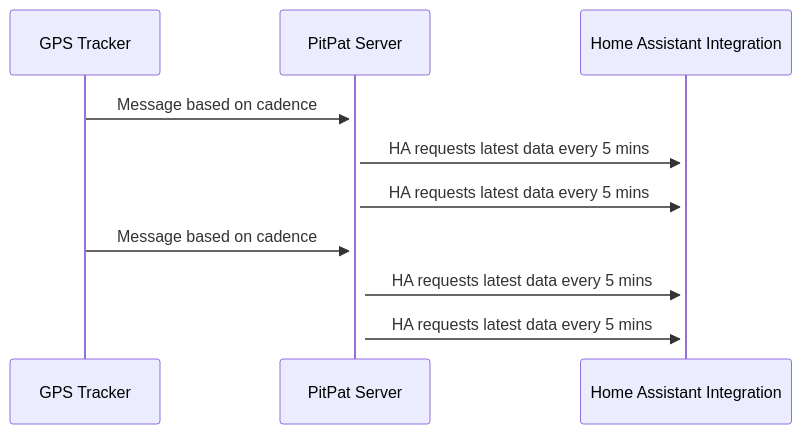
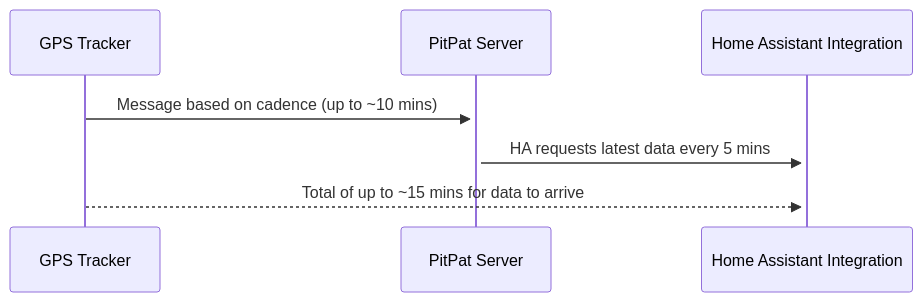
Before and after one commit to deosrc/home-assistant-pitpat: the diagram in docs/message-timing.md, drawn with Mermaid. The commit also changed other lines of this file, not shown here.

````diff
--- a/docs/message-timing.md
+++ b/docs/message-timing.md
@@ -41,9 +41,6 @@
 ```mermaid
 sequenceDiagram
-    GPS Tracker->>+PitPat Server: Message based on cadence
+    GPS Tracker->>+PitPat Server: Message based on cadence (up to ~10 mins)
     PitPat Server->>+Home Assistant Integration:HA requests latest data every 5 mins
-    PitPat Server->>+Home Assistant Integration:HA requests latest data every 5 mins
-    GPS Tracker->>+PitPat Server: Message based on cadence
-    PitPat Server->>+Home Assistant Integration:HA requests latest data every 5 mins
-    PitPat Server->>+Home Assistant Integration:HA requests latest data every 5 mins
+    GPS Tracker-->>+Home Assistant Integration:Total of up to ~15 mins for data to arrive
 ```
````
